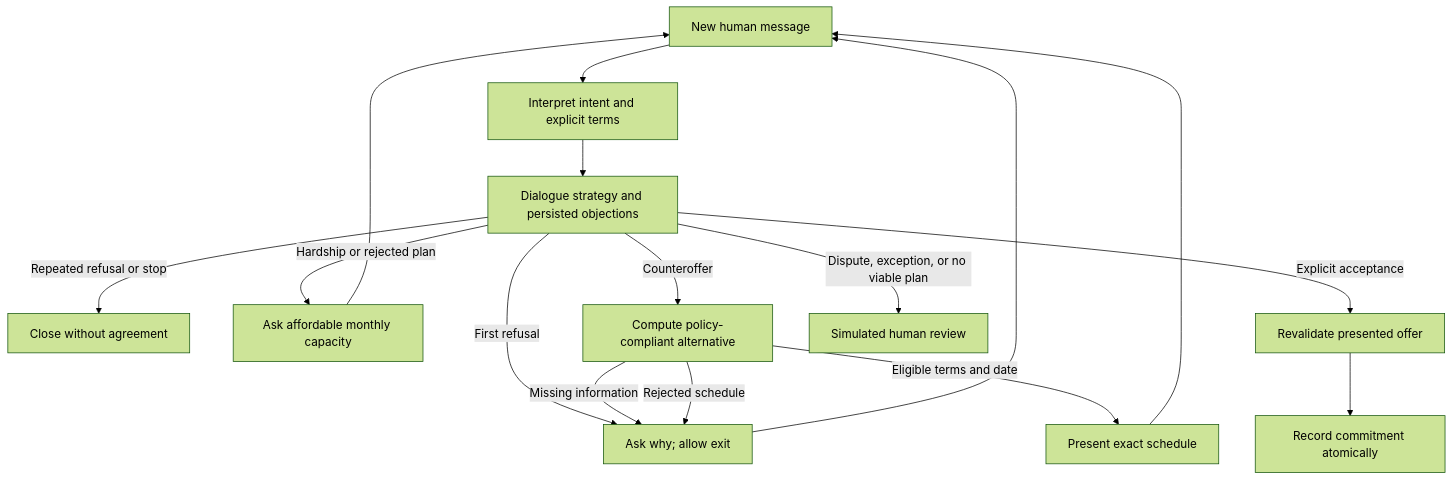
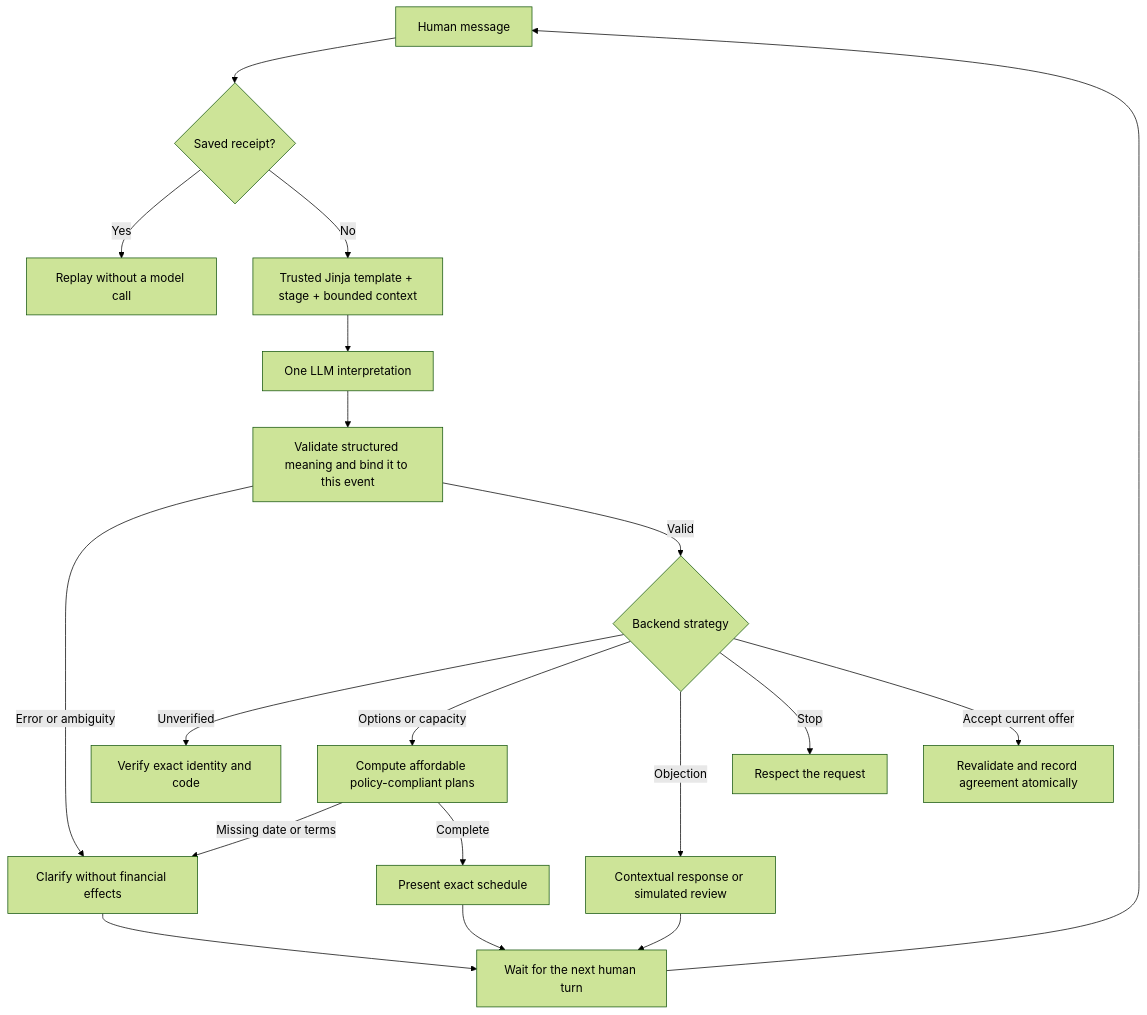
The first of 2 diagrams in docs/NEGOTIATION.md (sergiomorapardo/AgenticDebtCollection), drawn with Mermaid (forest theme) before and after one commit. The commit also changed other lines of this file and 11 other files, not shown here.

````diff
--- a/docs/NEGOTIATION.md
+++ b/docs/NEGOTIATION.md
@@ -6,18 +6,21 @@
 ```mermaid
 flowchart TD
-    U[New human message] --> I[Interpret intent and explicit terms]
-    I --> D[Dialogue strategy and persisted objections]
-    D -->|First refusal| Q[Ask why; allow exit]
-    D -->|Repeated refusal or stop| X[Close without agreement]
-    D -->|Hardship or rejected plan| B[Ask affordable monthly capacity]
-    D -->|Counteroffer| P[Compute policy-compliant alternative]
-    P -->|Missing information| Q
-    P -->|Rejected schedule| Q
-    P -->|Eligible terms and date| O[Present exact schedule]
-    O --> U
-    Q --> U
-    B --> U
-    D -->|Explicit acceptance| C[Revalidate presented offer]
-    C --> S[Record commitment atomically]
-    D -->|Dispute, exception, or no viable plan| H[Simulated human review]
+    U[Human message] --> R{Saved receipt?}
+    R -->|Yes| Replay[Replay without a model call]
+    R -->|No| J[Trusted Jinja template + stage + bounded context]
+    J --> L[One LLM interpretation]
+    L --> V[Validate structured meaning and bind it to this event]
+    V -->|Error or ambiguity| Q[Clarify without financial effects]
+    V -->|Valid| B{Backend strategy}
+    B -->|Unverified| I[Verify exact identity and code]
+    B -->|Options or capacity| P[Compute affordable policy-compliant plans]
+    B -->|Objection| W[Contextual response or simulated review]
+    B -->|Stop| X[Respect the request]
+    P -->|Missing date or terms| Q
+    P -->|Complete| O[Present exact schedule]
+    B -->|Accept current offer| A[Revalidate and record agreement atomically]
+    Q --> N[Wait for the next human turn]
+    W --> N
+    O --> N
+    N --> U
 ```
````
